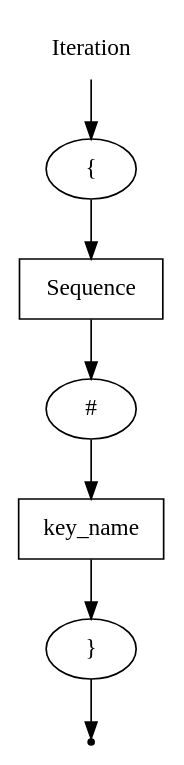
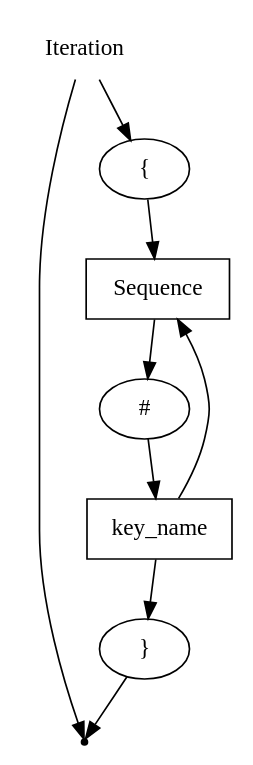
The diagram in DSLTools/examples/rbnf/wirth/Iteration.gv (EgorGoluzin/DSL), drawn with Graphviz before and after one commit. The commit also changed 13 other files, not shown here.

```diff
--- a/DSLTools/examples/rbnf/wirth/Iteration.gv
+++ b/DSLTools/examples/rbnf/wirth/Iteration.gv
@@ -1,15 +1,17 @@
 digraph Iteration {
     start [label = "Iteration" shape = plaintext];
     end [label = "" shape = point];
-    A [label = "{" shape = oval];
-    B [label = "Sequence" shape = box];
-    C [label = "#" shape = oval];
-    D [label = "key_name" shape = box];
-    E [label = "}" shape = oval];
-    start -> A;
+    A [label = "Sequence" shape = box];
+    B [label = "#" shape = oval];
+    C [label = "key_name" shape = box];
+    E [label = "{" shape = oval];
+    F [label = "}" shape = oval];
+    start -> E;
+    start -> end;
+    E -> A;
     A -> B;
     B -> C;
-    C -> D;
-    D -> E;
-    E -> end;
+    C -> F;
+    C -> A;
+    F -> end;
 }
```
